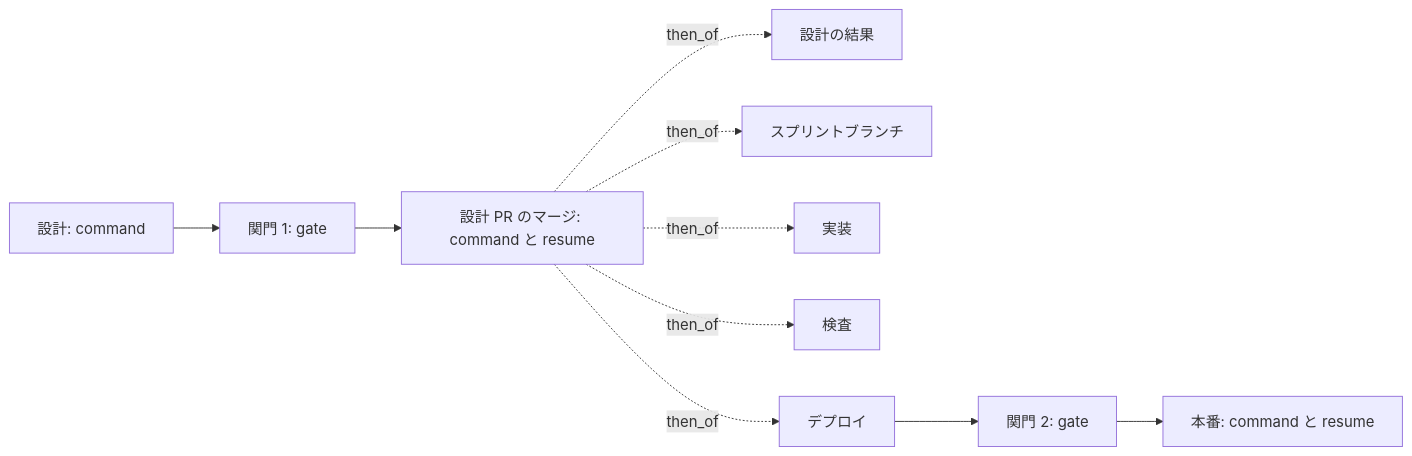
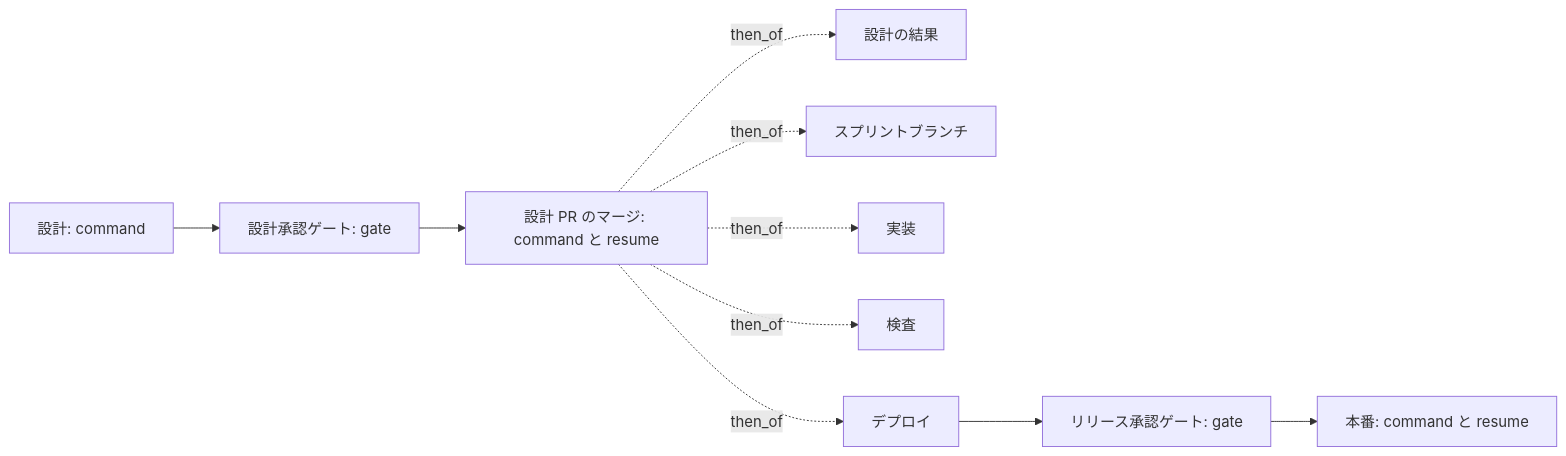
The first of 2 diagrams in docs/specifications/ndf-supervise-queue-resume-and-gate-evidence.md (devbasex/ai-plugins), drawn with Mermaid before and after one commit. The commit also changed other lines of this file and 96 other files, not shown here.

````diff
--- a/docs/specifications/ndf-supervise-queue-resume-and-gate-evidence.md
+++ b/docs/specifications/ndf-supervise-queue-resume-and-gate-evidence.md
@@ -111,12 +111,12 @@
 ```mermaid
 graph LR
-    S1[設計: command] --> G1[関門 1: gate]
+    S1[設計: command] --> G1[設計承認ゲート: gate]
     G1 --> M[設計 PR のマージ: command と resume]
     M -.then_of.-> R[設計の結果]
     M -.then_of.-> B[スプリントブランチ]
     M -.then_of.-> I[実装]
     M -.then_of.-> C[検査]
     M -.then_of.-> D[デプロイ]
-    D --> G2[関門 2: gate]
+    D --> G2[リリース承認ゲート: gate]
     G2 --> P[本番: command と resume]
 ```
````
